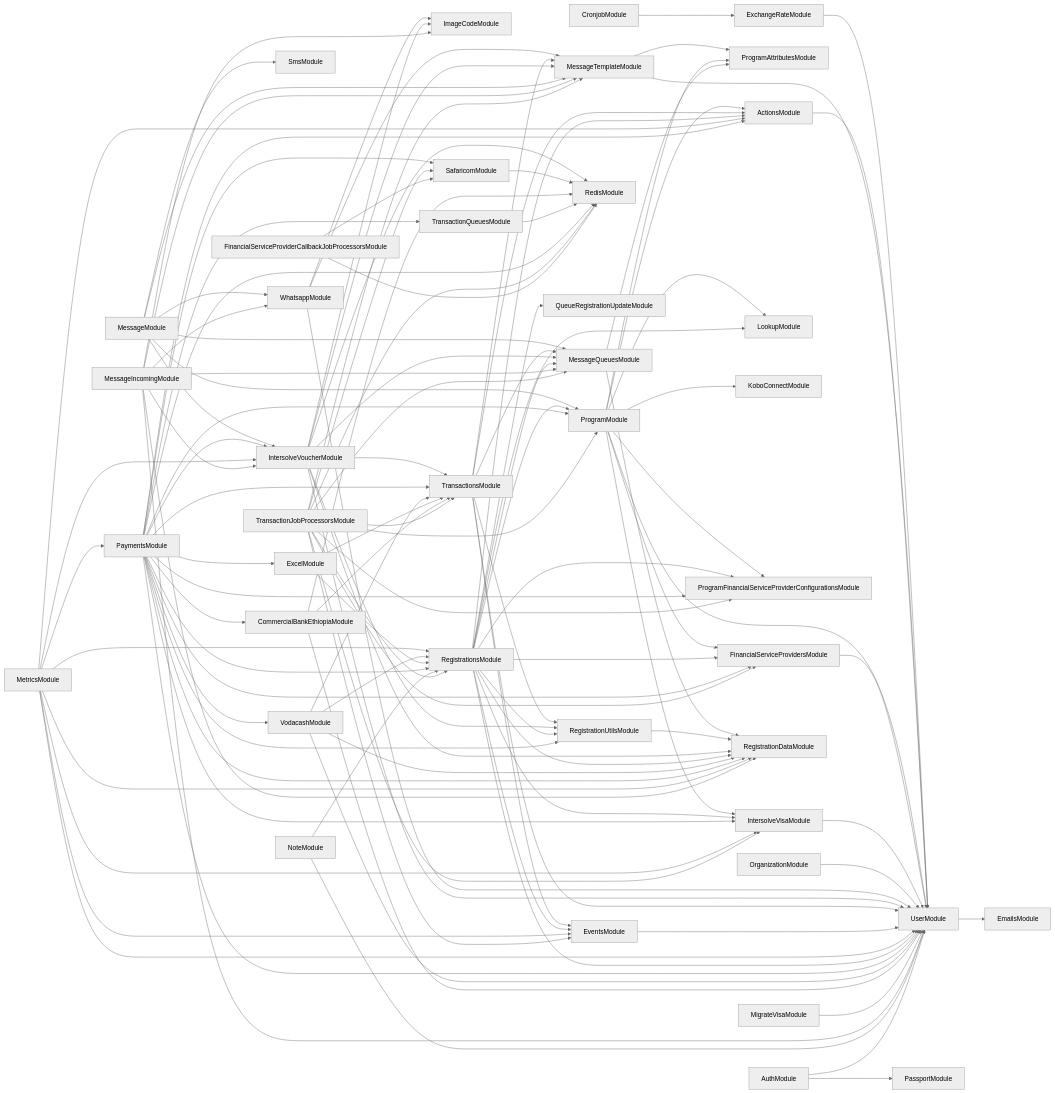
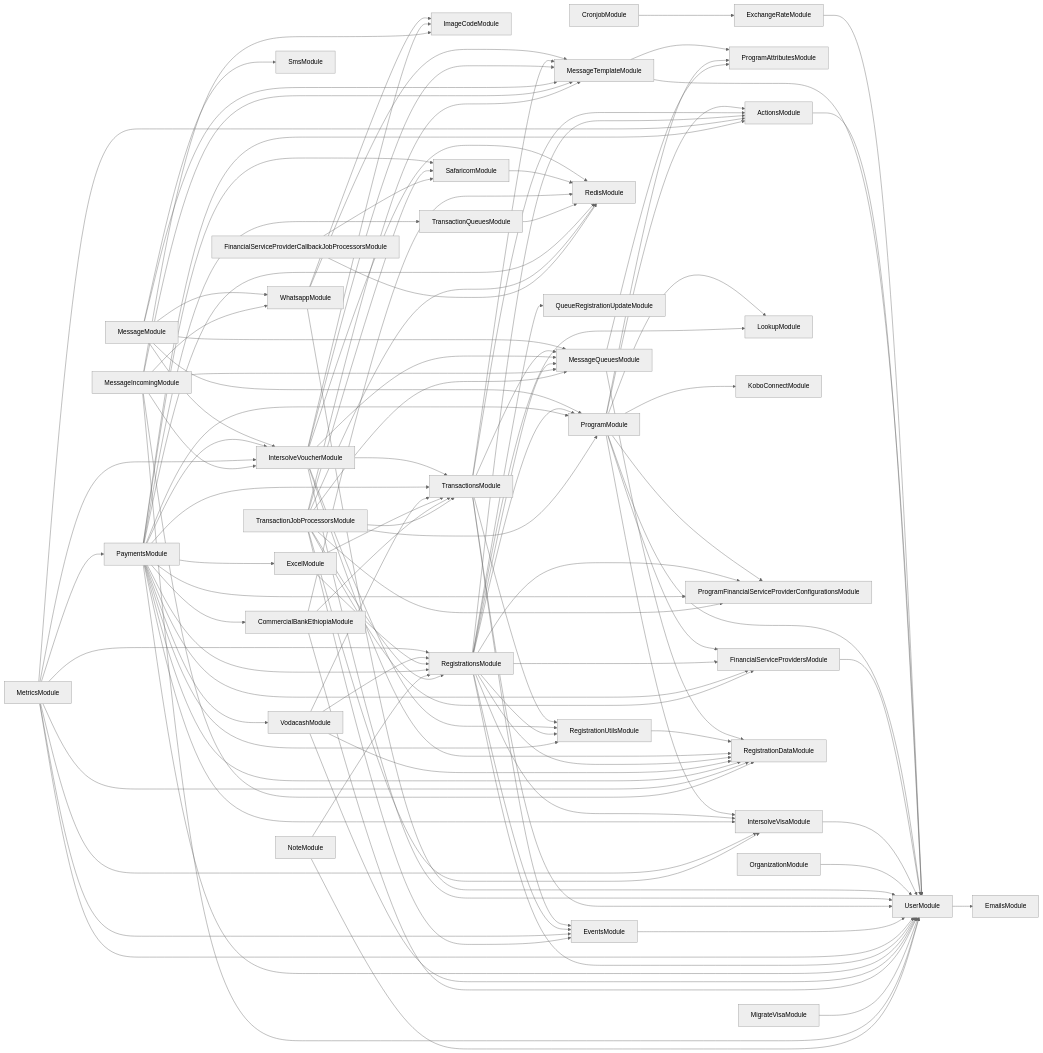
One commit to global-121/121-platform changed the diagram in services/121-service/module-dependencies.md. Above: the diagram before and after it, drawn with Mermaid (neutral theme). The commit also changed 1 other file, not shown here.

Commit message:
docs: add modules to ignore in module diagram AB#29917

```diff
--- a/services/121-service/module-dependencies.md
+++ b/services/121-service/module-dependencies.md
@@ -104,8 +104,6 @@
   MessageIncomingModule-->RegistrationDataModule
   NoteModule-->RegistrationsModule
   NoteModule-->UserModule
-  AuthModule-->UserModule
-  AuthModule-->PassportModule
   TransactionJobProcessorsModule-->RedisModule
   TransactionJobProcessorsModule-->IntersolveVisaModule
   TransactionJobProcessorsModule-->SafaricomModule
```
